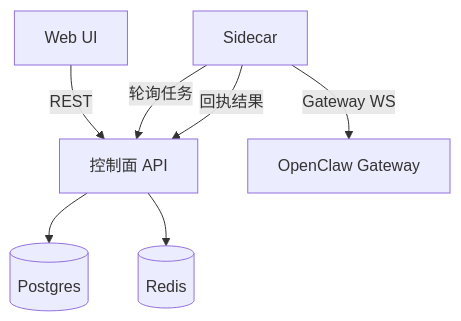
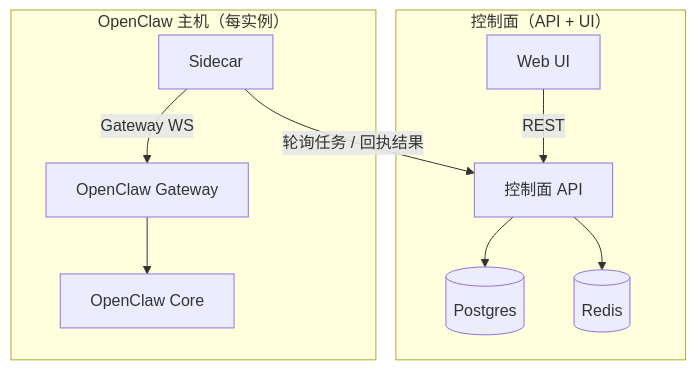
The diagram in README.zh-CN.md (RepeatName-star/openclaw-fleet), drawn with Mermaid before and after one commit. The commit also changed other lines of this file and 1 other file, not shown here.

Commit message:
docs: expand quick start and update architecture diagram

````diff
--- a/README.zh-CN.md
+++ b/README.zh-CN.md
@@ -7,9 +7,17 @@
 ```mermaid
-graph TD
-  UI[Web UI] -->|REST| CP[控制面 API]
-  CP --> PG[(Postgres)]
-  CP --> R[(Redis)]
-  SC[Sidecar] -->|轮询任务| CP
-  SC -->|回执结果| CP
-  SC -->|Gateway WS| GW[OpenClaw Gateway]
+flowchart TB
+  subgraph ControlPlane["控制面（API + UI）"]
+    UI[Web UI] -->|REST| API[控制面 API]
+    API --> PG[(Postgres)]
+    API --> R[(Redis)]
+  end
+
+  subgraph OpenClawHost["OpenClaw 主机（每实例）"]
+    SC[Sidecar]
+    GW[OpenClaw Gateway]
+    OC[OpenClaw Core]
+    SC -->|Gateway WS| GW --> OC
+  end
+
+  SC -->|轮询任务 / 回执结果| API
 ```
````
